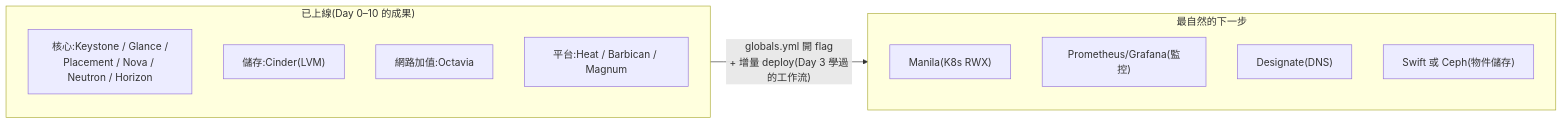
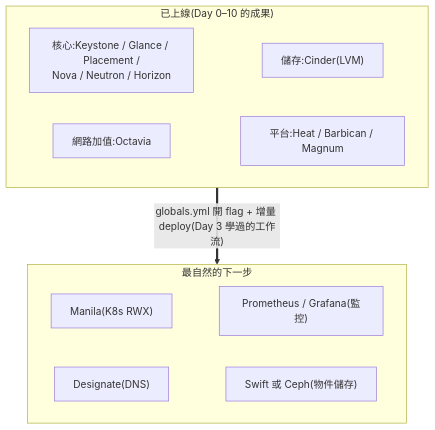
Before and after one commit to DeepWaveLab/OpenStackPracticing: the second of 2 diagrams in docs/runbook/sprint3-day11-openstack-service-map.md, drawn with Mermaid. The commit also changed other lines of this file and 15 other files, not shown here.

Commit message:
docs: add dashboard screenshots and fix wide diagram layouts

````diff
--- a/docs/runbook/sprint3-day11-openstack-service-map.md
+++ b/docs/runbook/sprint3-day11-openstack-service-map.md
@@ -129,17 +133,14 @@
 ```mermaid
-flowchart LR
+flowchart TB
     subgraph deployed["已上線(Day 0–10 的成果)"]
-        direction TB
-        A["核心:Keystone / Glance /<br/>Placement / Nova / Neutron / Horizon"]
-        B["儲存:Cinder(LVM)"]
-        C["網路加值:Octavia"]
-        D["平台:Heat / Barbican / Magnum"]
+        direction LR
+        A["核心:Keystone / Glance / Placement /<br/>Nova / Neutron / Horizon"] ~~~ B["儲存:Cinder(LVM)"]
+        C["網路加值:Octavia"] ~~~ D["平台:Heat / Barbican / Magnum"]
     end
+    deployed ==>|"globals.yml 開 flag + 增量 deploy(Day 3 學過的工作流)"| next
     subgraph next["最自然的下一步"]
-        E["Manila(K8s RWX)"]
-        F["Prometheus/Grafana(監控)"]
-        G["Designate(DNS)"]
-        H["Swift 或 Ceph(物件儲存)"]
+        direction LR
+        E["Manila(K8s RWX)"] ~~~ F["Prometheus / Grafana(監控)"]
+        G["Designate(DNS)"] ~~~ H["Swift 或 Ceph(物件儲存)"]
     end
-    deployed -->|"globals.yml 開 flag<br/>+ 增量 deploy(Day 3 學過的工作流)"| next
 ```
````
